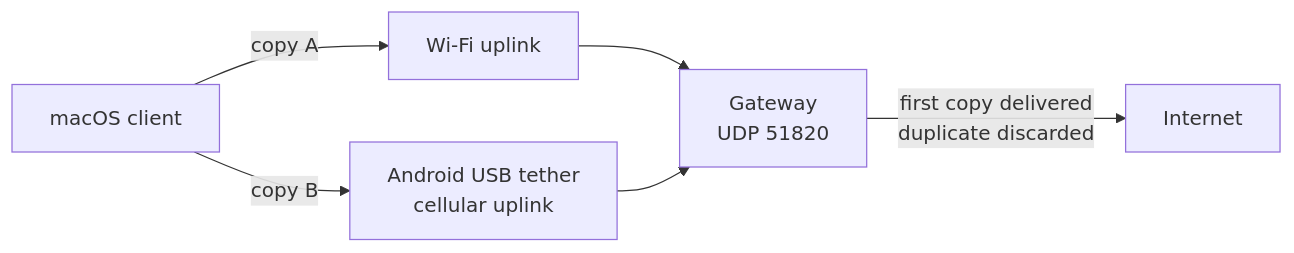
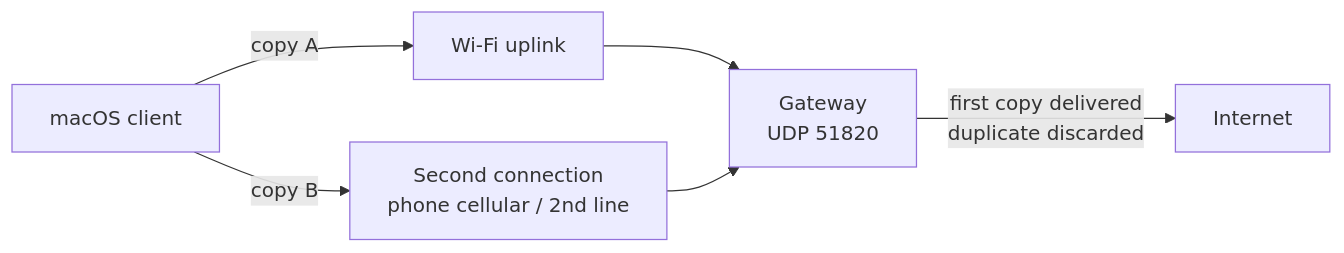
Before and after one commit to joanmarcriera/Gemina: the diagram in README.md, drawn with Mermaid. The commit also changed other lines of this file and 7 other files, not shown here.

````diff
--- a/README.md
+++ b/README.md
@@ -29,9 +35,9 @@
 ```mermaid
 flowchart LR
     Mac[macOS client]
     Mac -->|copy A| WiFi[Wi-Fi uplink]
-    Mac -->|copy B| Phone[Android USB tether<br/>cellular uplink]
+    Mac -->|copy B| Phone[Second connection<br/>phone cellular / 2nd line]
     WiFi --> GW[Gateway<br/>UDP 51820]
     Phone --> GW
     GW -->|first copy delivered<br/>duplicate discarded| Net[Internet]
 ```
````
